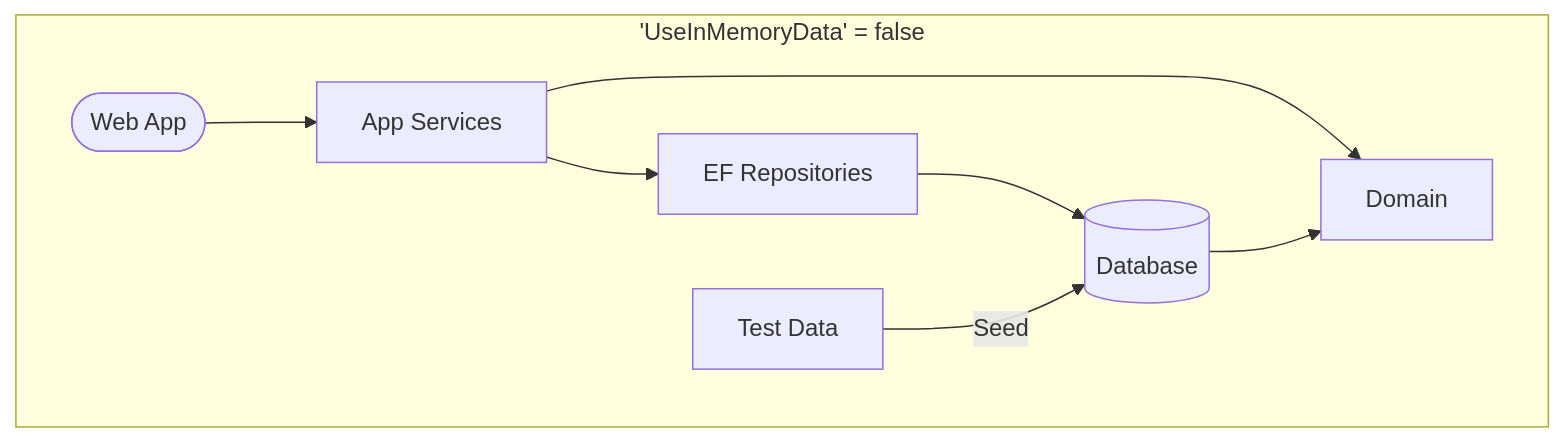
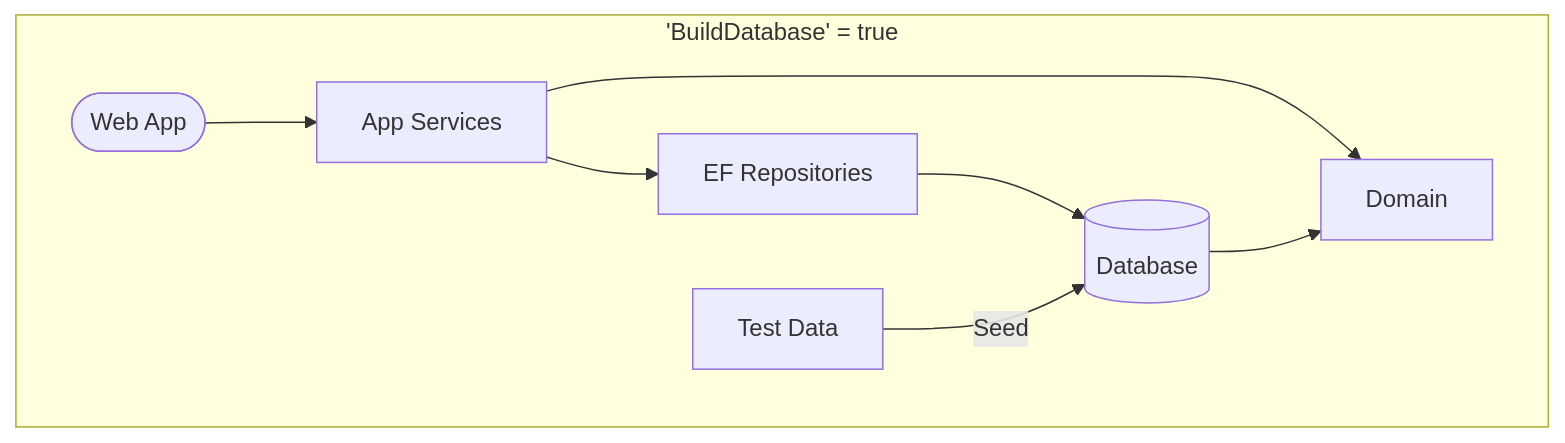
Before and after one commit to gaepdit/complaint-tracking: the second of 3 diagrams in README.md, drawn with Mermaid. The commit also changed other lines of this file and 8 other files, not shown here.

````diff
--- a/README.md
+++ b/README.md
@@ -145,18 +190,18 @@
 ```mermaid
 flowchart LR
-    subgraph SPB["'UseInMemoryData' = false"]
+    subgraph SPB["'BuildDatabase' = true"]
         direction LR
         D[Domain]
         T[Test Data]
         R[EF Repositories]
         A[App Services]
         W([Web App])
         B[(Database)]
         W --> A
         A --> D
         R --> B
         A --> R
         T -->|Seed| B
         B --> D
     end
 ```
````
